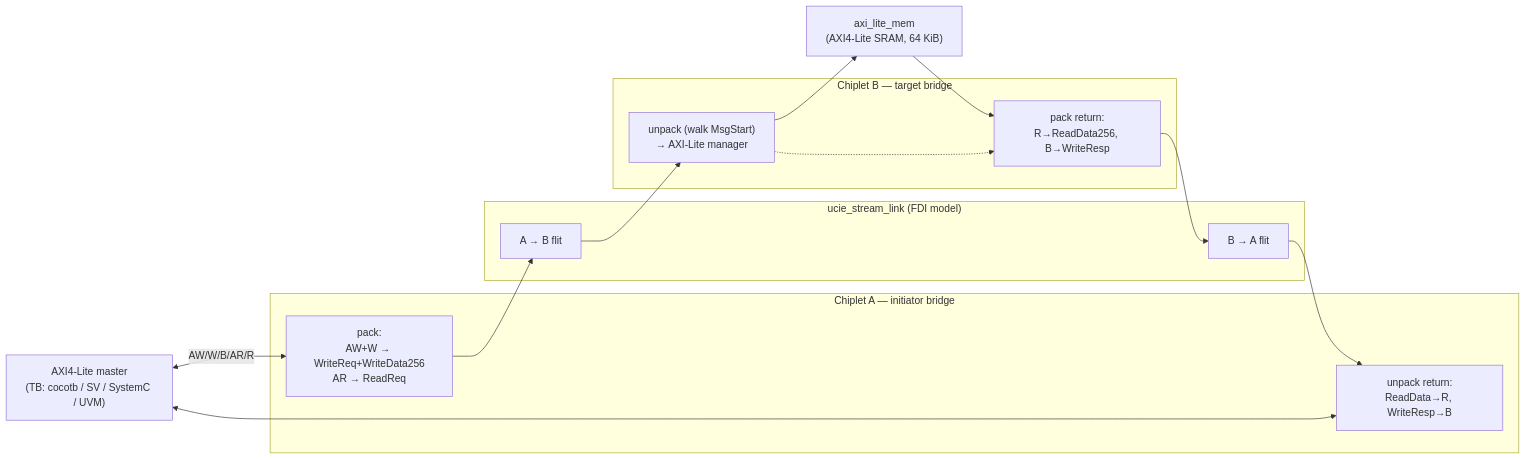
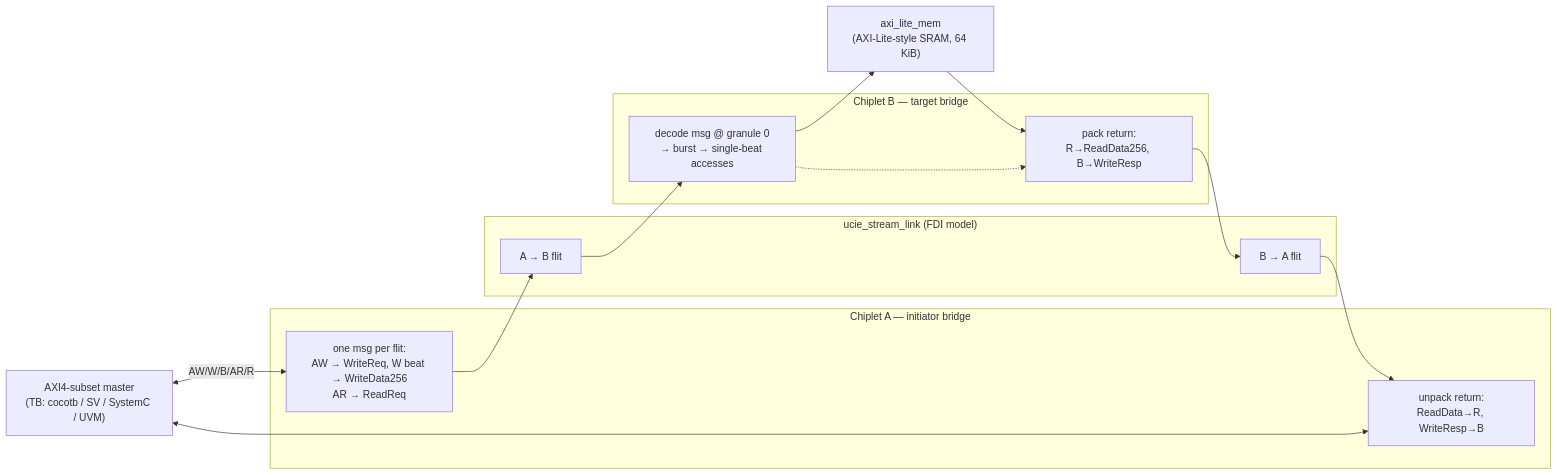
One commit to markrthomas/axi-on-ucie-to-mem changed the first of 2 diagrams in README.md. Above: the diagram before and after it, drawn with Mermaid. The commit also changed other lines of this file and 30 other files, not shown here.

````diff
--- a/README.md
+++ b/README.md
@@ -25,24 +32,24 @@
 ```mermaid
 flowchart LR
-    M["AXI4-Lite master<br/>(TB: cocotb / SV / SystemC / UVM)"]
+    M["AXI4-subset master<br/>(TB: cocotb / SV / SystemC / UVM)"]
 
     subgraph A["Chiplet A — initiator bridge"]
-      PK["pack:<br/>AW+W → WriteReq+WriteData256<br/>AR → ReadReq"]
+      PK["one msg per flit:<br/>AW → WriteReq, W beat → WriteData256<br/>AR → ReadReq"]
       UPA["unpack return:<br/>ReadData→R, WriteResp→B"]
     end
     subgraph L["ucie_stream_link (FDI model)"]
       AB["A → B  flit"]
       BA["B → A  flit"]
     end
     subgraph B["Chiplet B — target bridge"]
-      UPB["unpack (walk MsgStart)<br/>→ AXI-Lite manager"]
+      UPB["decode msg @ granule 0<br/>→ burst → single-beat accesses"]
       PKB["pack return:<br/>R→ReadData256, B→WriteResp"]
     end
-    MEM["axi_lite_mem<br/>(AXI4-Lite SRAM, 64 KiB)"]
+    MEM["axi_lite_mem<br/>(AXI-Lite-style SRAM, 64 KiB)"]
 
     M <-->|"AW/W/B/AR/R"| PK
     PK --> AB --> UPB --> MEM
     MEM --> PKB --> BA --> UPA
     UPA <--> M
     UPB -.-> PKB
 ```
````
